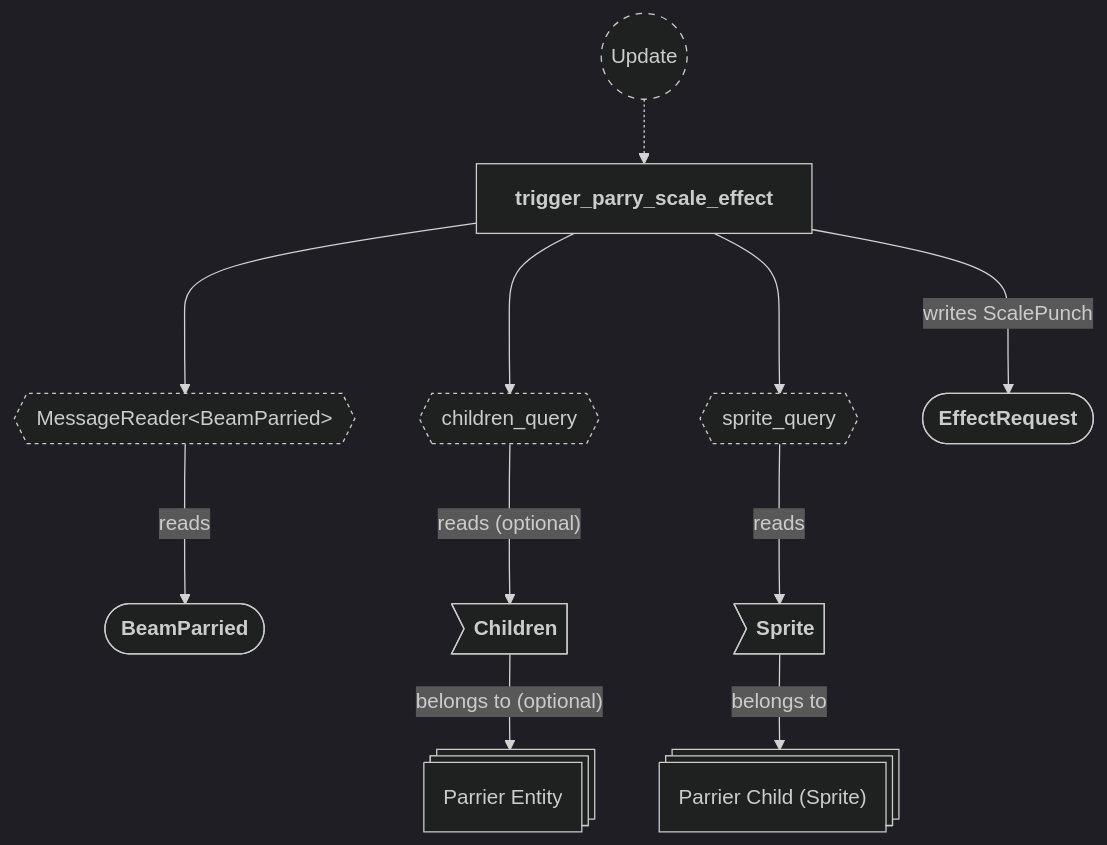
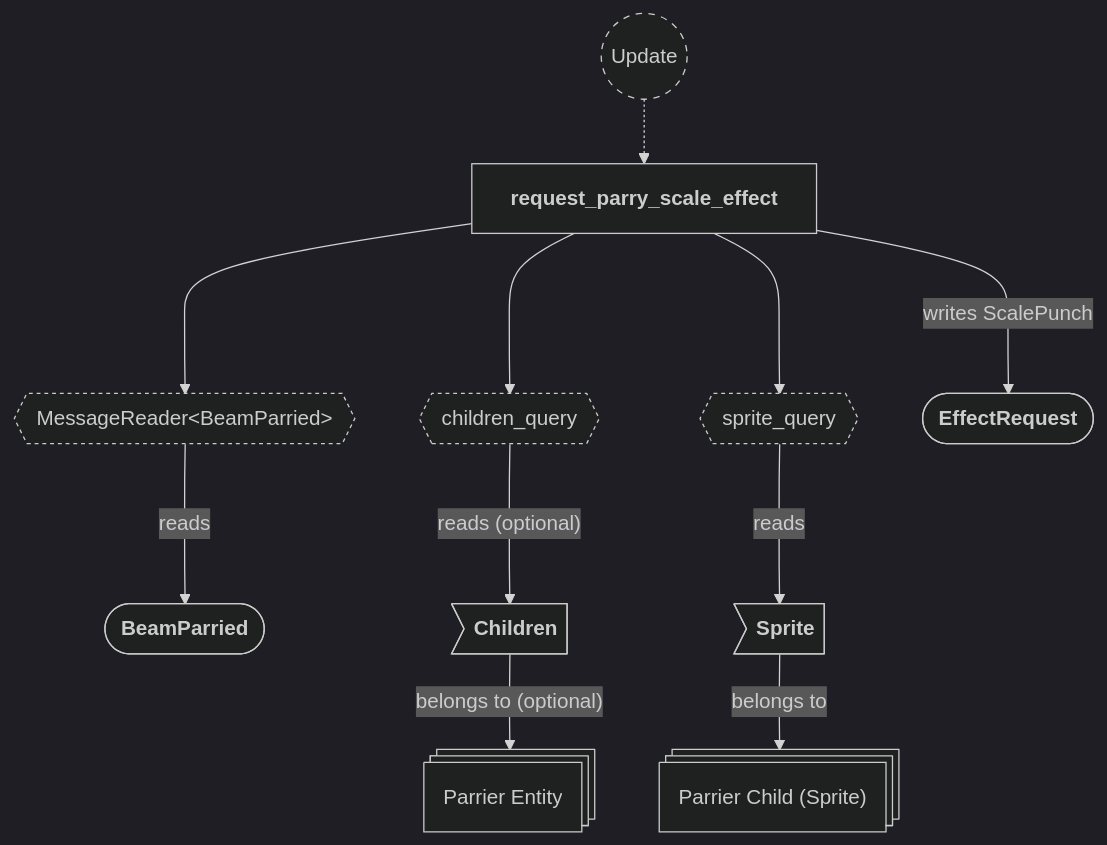
Before and after one commit to neurosoup/tyled: diagram 17 of 22 in backlog/docs/doc-10 - 008-Effects-plugin.md, drawn with Mermaid. The commit also changed other lines of this file and 3 other files, not shown here.

First line of the commit message:
Docs: rewrite doc-11 damage plugin, diagrams in doc-10; rename effect request systems

````diff
--- a/backlog/docs/doc-10 - 008-Effects-plugin.md
+++ b/backlog/docs/doc-10 - 008-Effects-plugin.md
@@ -691,39 +780,39 @@
 ```mermaid
 ---
 config:
   theme: dark
 ---
 
 flowchart TD
 classDef system-group stroke-dasharray: 5 5
 classDef reader stroke-dasharray: 3 3
 classDef query stroke-dasharray: 3 3
 
 update(("`Update`")):::system-group
-trigger_parry_scale_effect["`**trigger_parry_scale_effect**`"]
+request_parry_scale_effect["`**request_parry_scale_effect**`"]
 
-update -.-> trigger_parry_scale_effect
+update -.-> request_parry_scale_effect
 
 message_reader{{"MessageReader#60;BeamParried#62;"}}:::reader
-trigger_parry_scale_effect ---> message_reader
+request_parry_scale_effect ---> message_reader
 
 beam_parried_message(["`**BeamParried**`"])
 
 message_reader ---> |reads| beam_parried_message
 
 children_query{{"`children_query`"}}:::query
 sprite_query{{"`sprite_query`"}}:::query
-trigger_parry_scale_effect ---> children_query
-trigger_parry_scale_effect ---> sprite_query
+request_parry_scale_effect ---> children_query
+request_parry_scale_effect ---> sprite_query
 
 parrier_entity@{ shape: st-rect, label: "Parrier Entity" }
 pe_children>"`**Children**`"] --> |"belongs to (optional)"| parrier_entity
 children_query ---> |"reads (optional)"| pe_children
 
 sprite_entity@{ shape: st-rect, label: "Parrier Child (Sprite)" }
 se_sprite>"`**Sprite**`"] --> |belongs to| sprite_entity
 sprite_query ---> |reads| se_sprite
 
 effect_request(["`**EffectRequest**`"])
-trigger_parry_scale_effect ---> |writes ScalePunch| effect_request
+request_parry_scale_effect ---> |writes ScalePunch| effect_request
 ```
````
